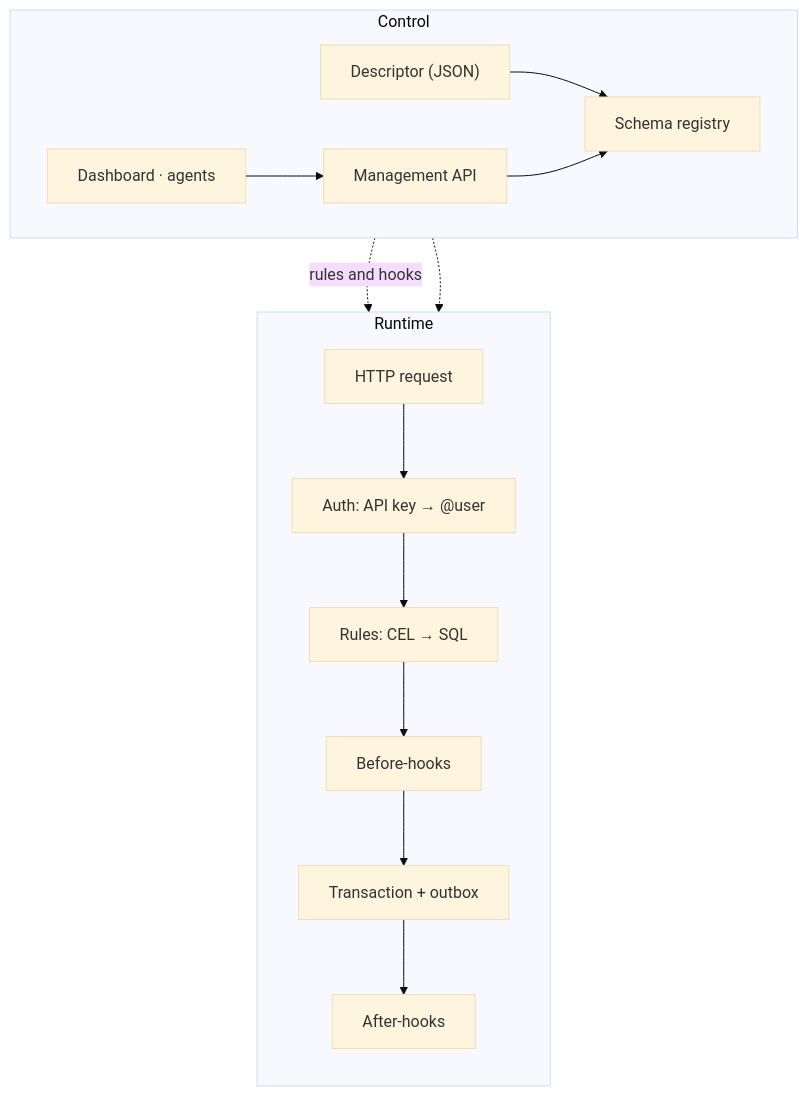
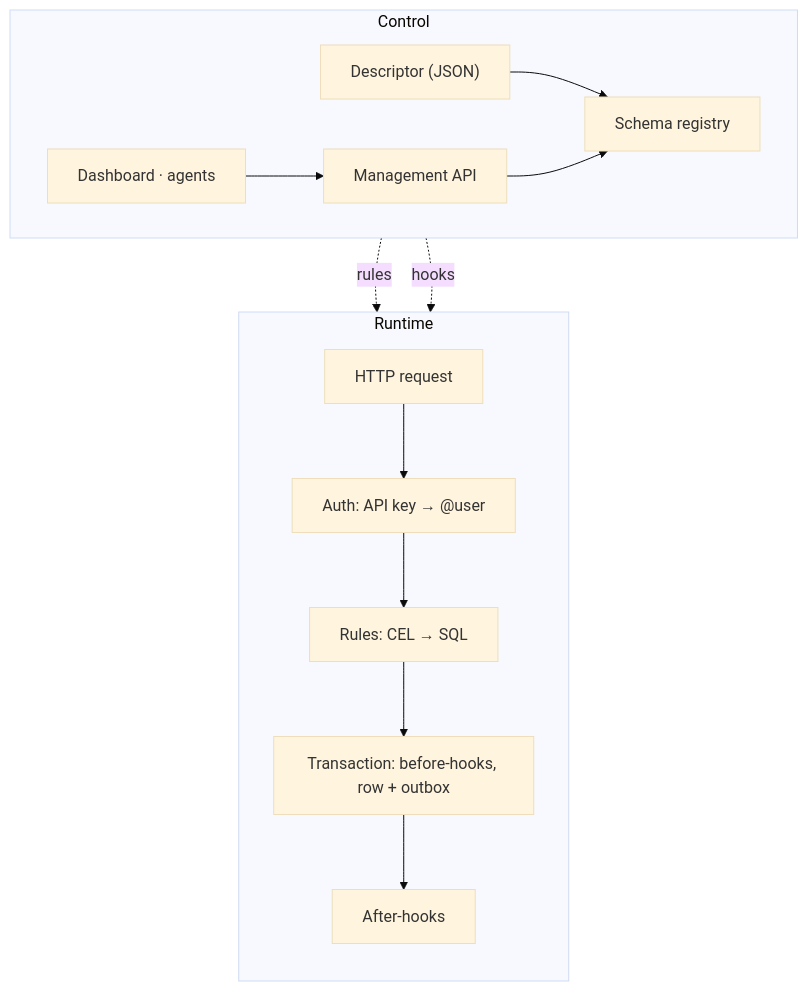
One commit to Burgyn/MMLib.Alvo changed the diagram in website/src/content/docs/concepts/architecture.md. Above: the diagram before and after it, drawn with Mermaid (base theme). The commit also changed other lines of this file and 11 other files, not shown here.

````diff
--- a/website/src/content/docs/concepts/architecture.md
+++ b/website/src/content/docs/concepts/architecture.md
@@ -12,21 +12,20 @@
 ```mermaid
 flowchart TB
   accTitle: How Alvo fits together
-  accDescr: Control path, the dashboard and agents call the Management API, which, like the descriptor file, feeds the schema registry. Runtime path, an HTTP request passes authentication, the rules compiled to SQL, the before-hooks and the transaction with its outbox, then the after-hooks. The schema registry supplies the rules and the hooks.
+  accDescr: Control path, the dashboard and agents call the Management API, which, like the descriptor file, feeds the schema registry. Runtime path, an HTTP request passes authentication, the rules compiled to SQL, then a transaction that runs the before-hooks and writes the row with its outbox event, then the after-hooks. The schema registry supplies the rules and the hooks.
   subgraph Control
     direction LR
     clients["Dashboard · agents"] --> mgmt["Management API"]
     file["Descriptor (JSON)"] --> registry["Schema registry"]
     mgmt --> registry
   end
   subgraph Runtime
     direction TB
     request["HTTP request"] --> auth["Auth: API key → @user"]
     auth --> rules["Rules: CEL → SQL"]
-    rules --> before["Before-hooks"]
-    before --> tx["Transaction + outbox"]
+    rules --> tx["Transaction: before-hooks, row + outbox"]
     tx --> after["After-hooks"]
   end
-  registry -. "rules and hooks" .-> rules
-  registry -.-> before
+  registry -. "rules" .-> rules
+  registry -. "hooks" .-> tx
 ```
````
